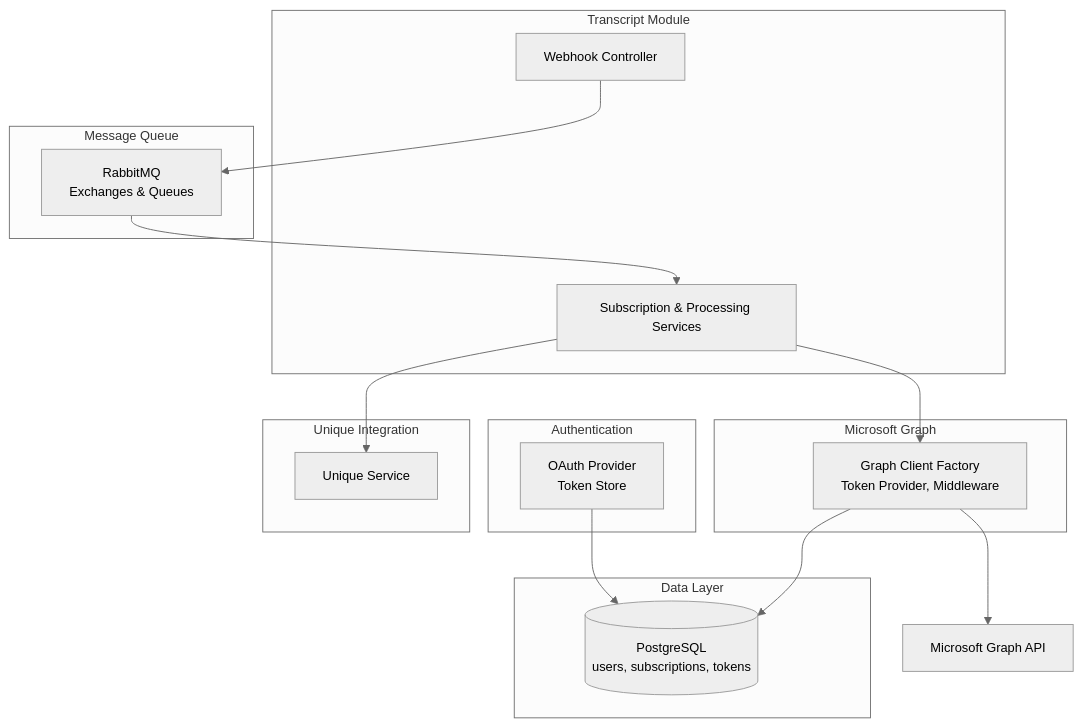
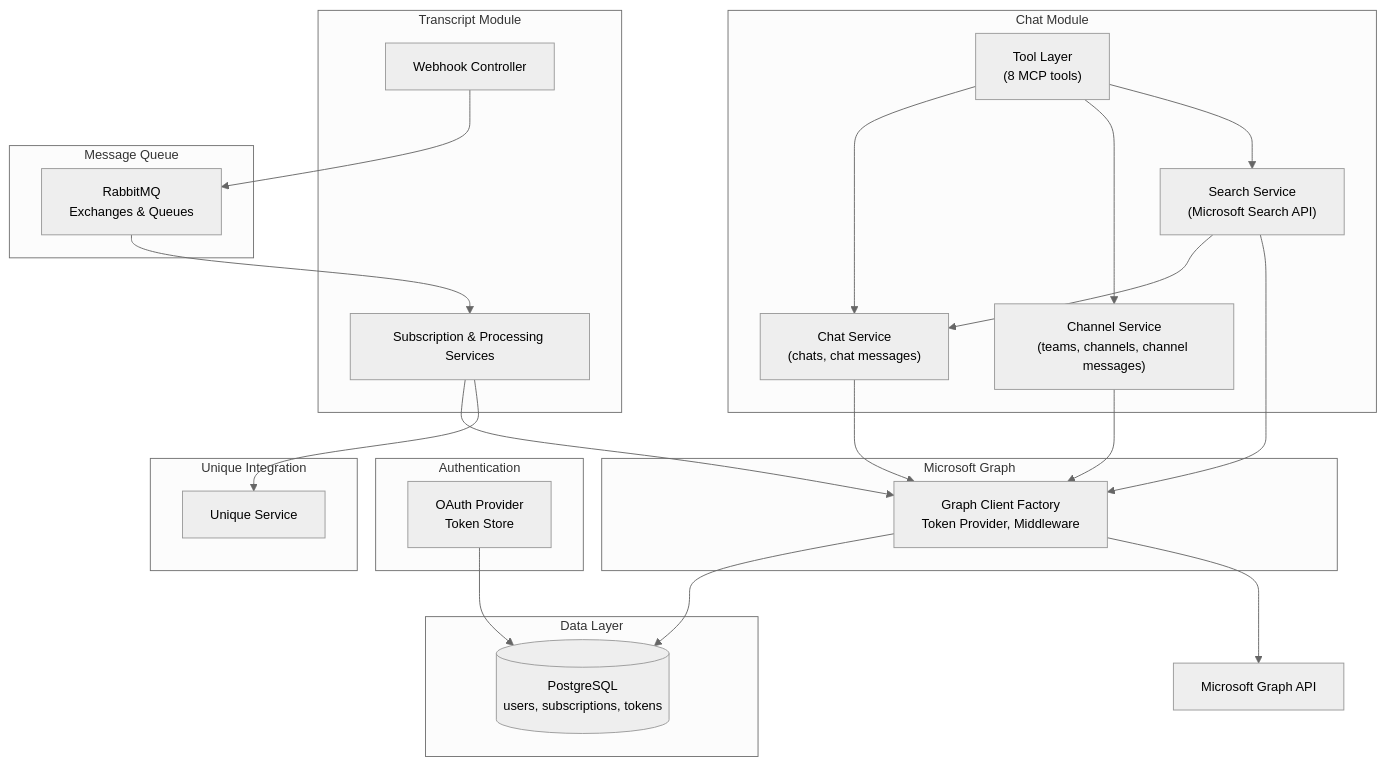
One commit to Unique-AG/connectors changed the second of 4 diagrams in services/teams-mcp/docs/technical/architecture.md. Above: the diagram before and after it, drawn with Mermaid. The commit also changed other lines of this file and 11 other files, not shown here.

Commit message:
docs(teams-mcp): document chat/messaging tools and subscription lifecycle (#660)

````diff
--- a/services/teams-mcp/docs/technical/architecture.md
+++ b/services/teams-mcp/docs/technical/architecture.md
@@ -55,36 +62,50 @@
 ```mermaid
 %%{init: {'theme': 'neutral', 'themeVariables': { 'fontSize': '14px' }}}%%
 flowchart TB
     subgraph Auth["Authentication"]
         AuthModule["OAuth Provider<br/>Token Store"]
+    end
+
+    subgraph Chat["Chat Module"]
+        ChatSvc["Chat Service<br/>(chats, chat messages)"]
+        ChannelSvc["Channel Service<br/>(teams, channels, channel messages)"]
+        SearchSvc["Search Service<br/>(Microsoft Search API)"]
+        ChatToolLayer["Tool Layer<br/>(8 MCP tools)"]
     end
 
     subgraph Transcript["Transcript Module"]
         Webhook["Webhook Controller"]
         Services["Subscription & Processing Services"]
     end
 
     subgraph GraphModule["Microsoft Graph"]
         GraphClient["Graph Client Factory<br/>Token Provider, Middleware"]
     end
 
     subgraph Data["Data Layer"]
         DB[("PostgreSQL<br/>users, subscriptions, tokens")]
     end
 
     subgraph Queue["Message Queue"]
         RabbitMQ["RabbitMQ<br/>Exchanges & Queues"]
     end
 
     subgraph UniqueIntegration["Unique Integration"]
         UniqueService["Unique Service"]
     end
 
     AuthModule --> DB
+    ChatToolLayer --> ChatSvc
+    ChatToolLayer --> ChannelSvc
+    ChatToolLayer --> SearchSvc
+    SearchSvc --> ChatSvc
+    ChatSvc --> GraphClient
+    ChannelSvc --> GraphClient
+    SearchSvc --> GraphClient
     Webhook --> RabbitMQ
     RabbitMQ --> Services
     Services --> GraphClient
     Services --> UniqueService
     GraphClient --> DB
     GraphClient --> MSGraph["Microsoft Graph API"]
 ```
````
